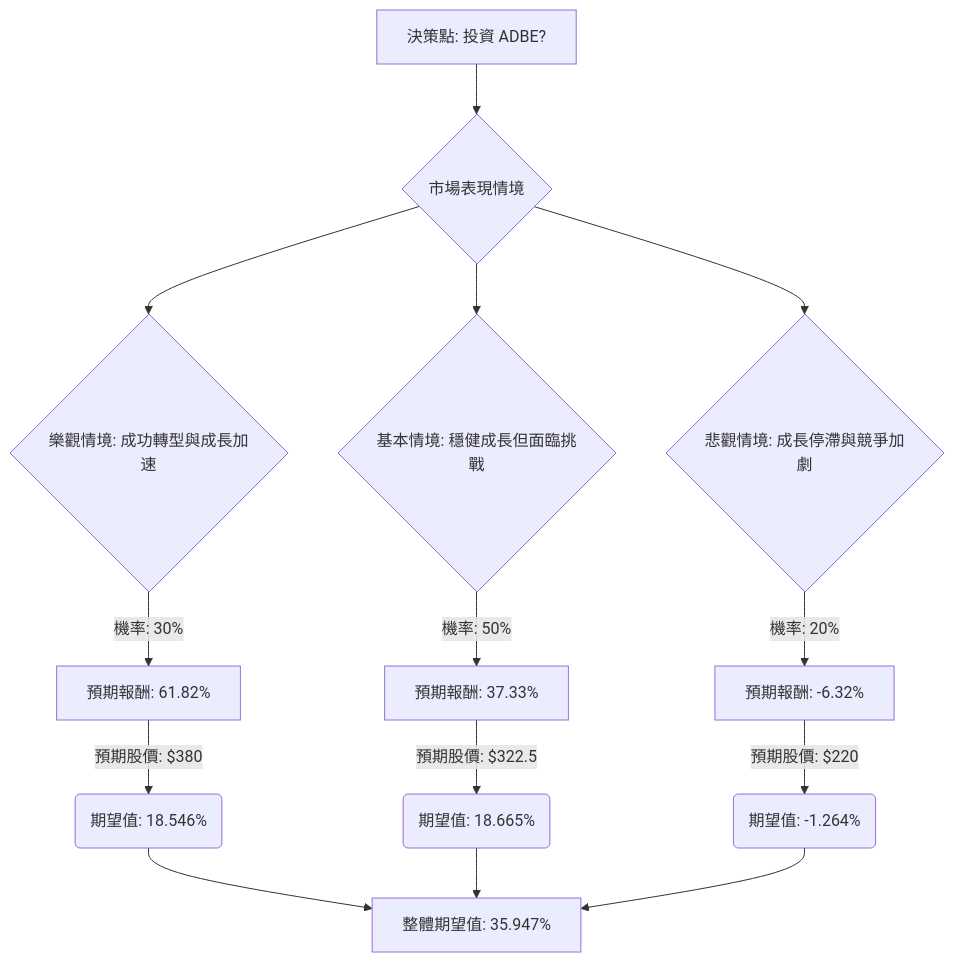
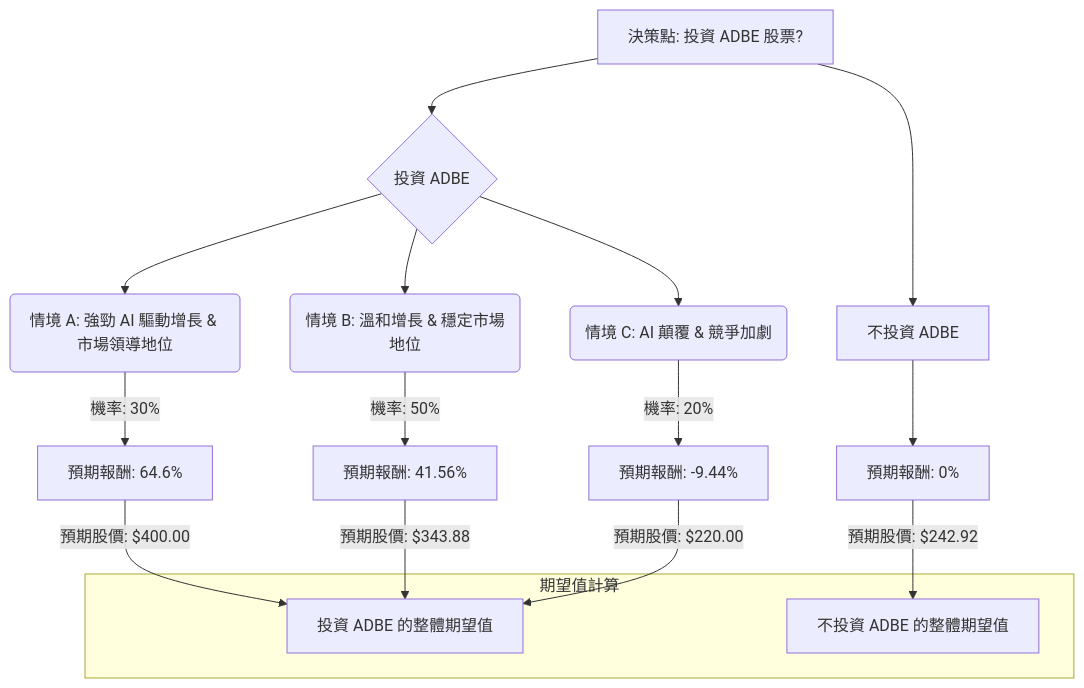
Before and after one commit to zmcx16/zmcx16.github.io: the diagram in plugin-react/ai-analysis/ev-analysis/ADBE.md, drawn with Mermaid. The commit also changed other lines of this file and 78 other files, not shown here.

````diff
--- a/plugin-react/ai-analysis/ev-analysis/ADBE.md
+++ b/plugin-react/ai-analysis/ev-analysis/ADBE.md
@@ -57,18 +17,25 @@
 ```mermaid
 graph TD
-    A[決策點: 投資 ADBE?] --> B{市場表現情境}
+    A[決策點: 投資 ADBE 股票?] --> B{投資 ADBE}
+    A --> D[不投資 ADBE]
 
-    B --> C{樂觀情境: 成功轉型與成長加速}
-    C -- 機率: 30% --> C1[預期報酬: 61.82%]
-    C1 -- 預期股價: $380 --> C2(期望值: 18.546%)
+    B --> B1(情境 A: 強勁 AI 驅動增長 & 市場領導地位)
+    B1 -- 機率: 30% --> B1a[預期報酬: 64.6%]
+    B1a -- 預期股價: $400.00 --> B_EV_Invest
 
-    B --> D{基本情境: 穩健成長但面臨挑戰}
-    D -- 機率: 50% --> D1[預期報酬: 37.33%]
-    D1 -- 預期股價: $322.5 --> D2(期望值: 18.665%)
+    B --> B2(情境 B: 溫和增長 & 穩定市場地位)
+    B2 -- 機率: 50% --> B2a[預期報酬: 41.56%]
+    B2a -- 預期股價: $343.88 --> B_EV_Invest
 
-    B --> E{悲觀情境: 成長停滯與競爭加劇}
-    E -- 機率: 20% --> E1[預期報酬: -6.32%]
-    E1 -- 預期股價: $220 --> E2(期望值: -1.264%)
+    B --> B3(情境 C: AI 顛覆 & 競爭加劇)
+    B3 -- 機率: 20% --> B3a[預期報酬: -9.44%]
+    B3a -- 預期股價: $220.00 --> B_EV_Invest
 
-    C2 & D2 & E2 --> F[整體期望值: 35.947%]
+    D --> D1[預期報酬: 0%]
+    D1 -- 預期股價: $242.92 --> D_EV_NoInvest
+
+    subgraph 期望值計算
+        B_EV_Invest[投資 ADBE 的整體期望值]
+        D_EV_NoInvest[不投資 ADBE 的整體期望值]
+    end
 ```
````
